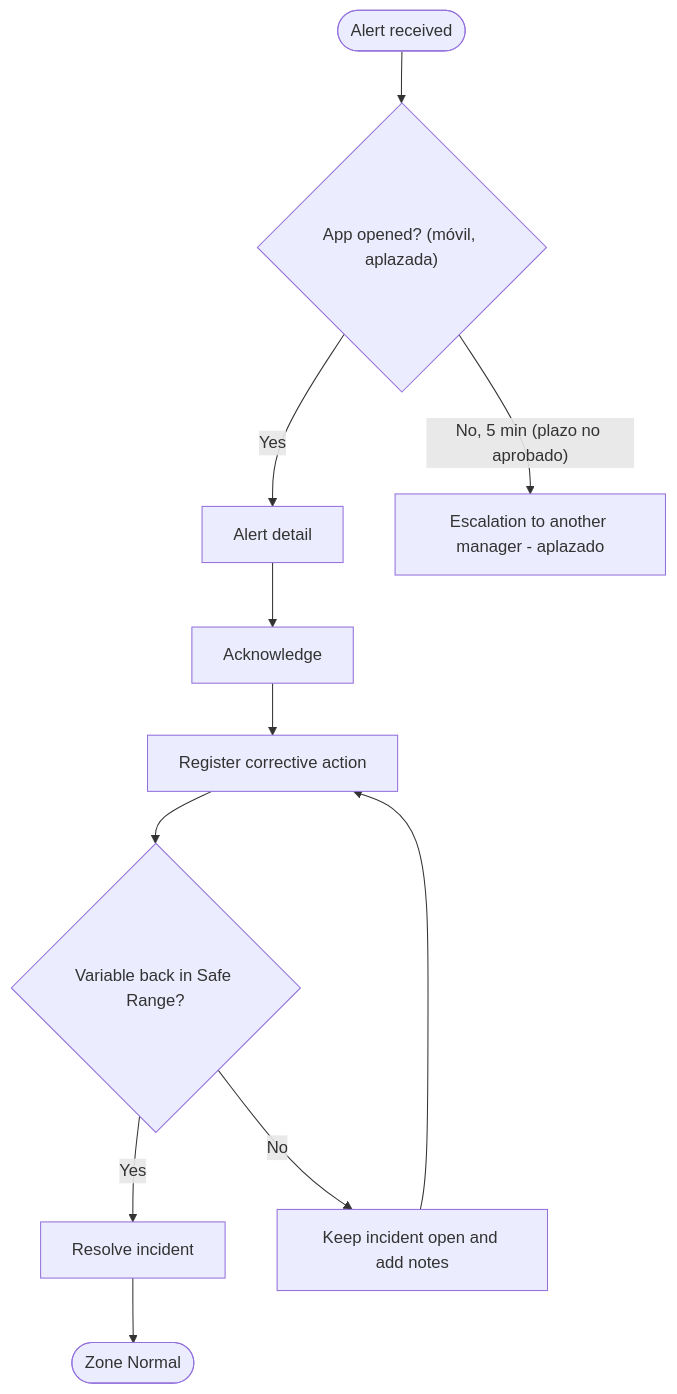
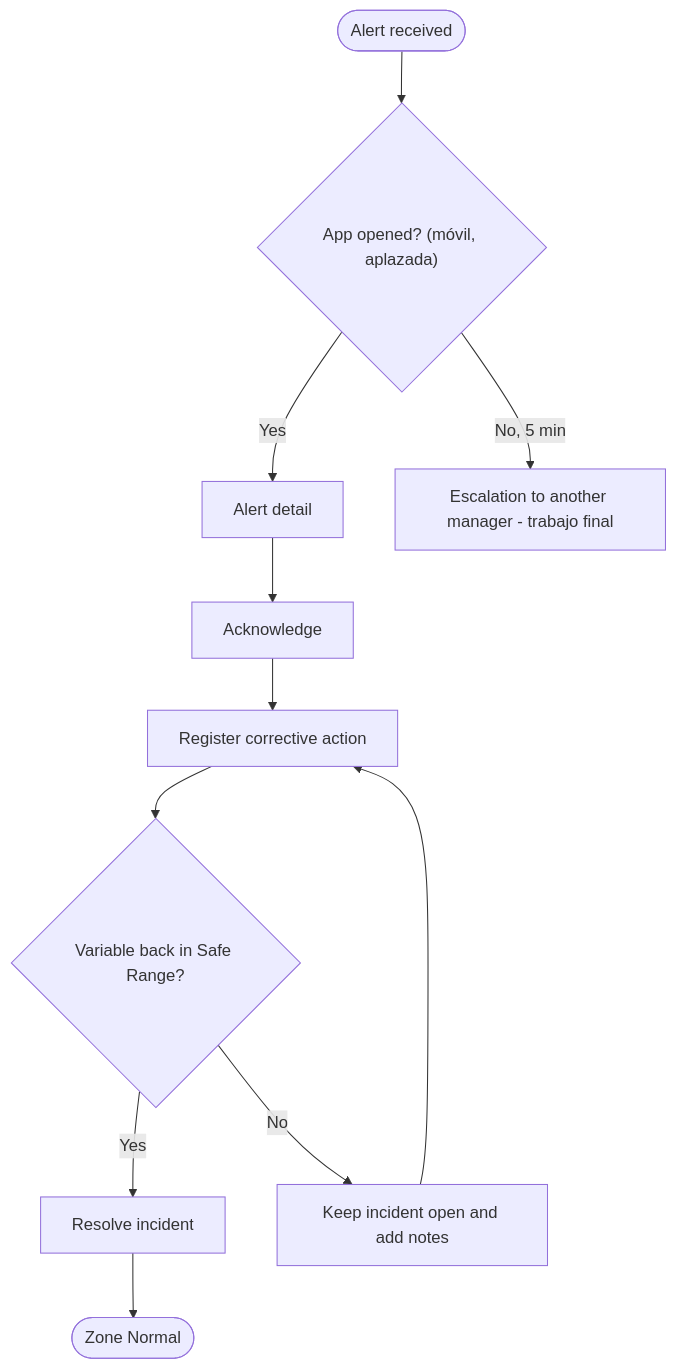
Before and after one commit to MachineGuard/MachineGuard-Documentation: the fifth of 9 diagrams in docs/chapter5-solution-ui-ux-design.md, drawn with Mermaid. The commit also changed other lines of this file, not shown here.

````diff
--- a/docs/chapter5-solution-ui-ux-design.md
+++ b/docs/chapter5-solution-ui-ux-design.md
@@ -588,13 +588,13 @@
 ```mermaid
 flowchart TD
   S([Alert received]) --> A{"App opened? (móvil, aplazada)"}
   A -- Yes --> B[Alert detail]
-  A -- "No, 5 min (plazo no aprobado)" --> X[Escalation to another manager - aplazado]
+  A -- "No, 5 min" --> X[Escalation to another manager - trabajo final]
   B --> C[Acknowledge]
   C --> D[Register corrective action]
   D --> E{Variable back in Safe Range?}
   E -- Yes --> F[Resolve incident]
   E -- No --> G[Keep incident open and add notes]
   G --> D
   F --> Z([Zone Normal])
 ```
````
